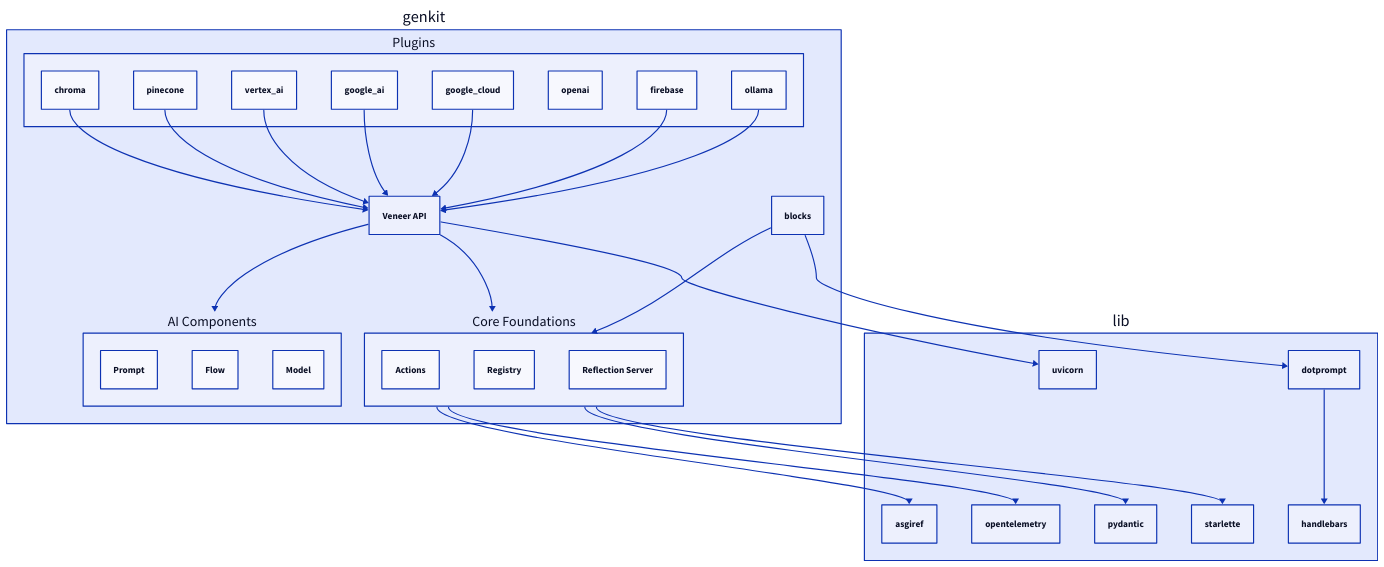
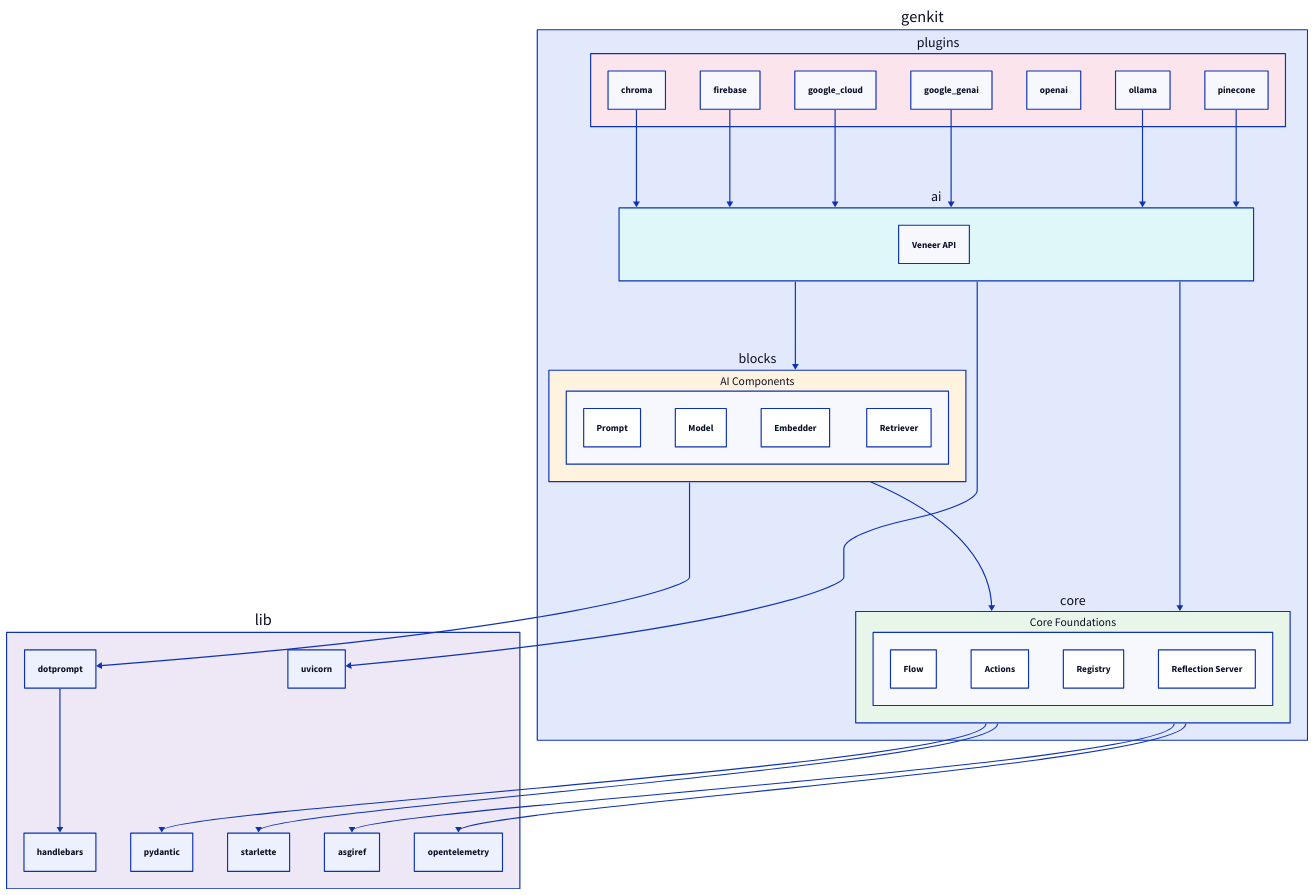
Before and after one commit to genkit-ai/genkit-python: the first of 2 diagrams in engdoc/extending/index.md, drawn with D2. The commit also changed other lines of this file and 1 other file, not shown here.

Commit message:
fix(engdocs): update d2 dependency diagram for release eng (#2462)

````diff
--- a/engdoc/extending/index.md
+++ b/engdoc/extending/index.md
@@ -20,53 +20,64 @@
 ```d2
 genkit: {
-  veneer: Veneer API
-  ai: AI Components {
-    prompt: Prompt
-    flow: Flow
-    model: Model
+  ai: {
+    style: {fill: "#E0F7FA"}
+    Veneer API
   }
-  core: Core Foundations {
-    actions: Actions
-    registry: Registry
-    reflection_server: Reflection Server
+  blocks: {
+    style: {fill: "#FFF3E0"}
+    AI Components: {
+      prompt: Prompt
+      model: Model
+      embedder: Embedder
+      retriever: Retriever
+    }
   }
-  plugins: Plugins {
+  core: {
+    style: {fill: "#E8F5E9"}
+    Core Foundations: {
+      flow: Flow
+      actions: Actions
+      registry: Registry
+      reflection_server: Reflection Server
+    }
+  }
+  plugins: {
+    style: {fill: "#FCE4EC"}
     chroma
     pinecone
-    vertex_ai
-    google_ai
+    google_genai
     google_cloud
     openai
     firebase
     ollama
   }
 }
 
 lib: {
+  style: {fill: "#EDE7F6"}
   handlebars
   dotprompt
   pydantic
   starlette
   asgiref
   uvicorn
   opentelemetry
 }
 
 genkit.blocks -> genkit.core
 genkit.blocks -> lib.dotprompt
 genkit.core -> lib.asgiref
 genkit.core -> lib.opentelemetry
 genkit.core -> lib.pydantic
 genkit.core -> lib.starlette
-genkit.plugins.chroma -> genkit.veneer
-genkit.plugins.firebase -> genkit.veneer
-genkit.plugins.google_ai -> genkit.veneer
-genkit.plugins.google_cloud -> genkit.veneer
-genkit.plugins.ollama -> genkit.veneer
-genkit.plugins.pinecone -> genkit.veneer
-genkit.plugins.vertex_ai -> genkit.veneer
-genkit.veneer -> genkit.ai
-genkit.veneer -> genkit.core
-genkit.veneer -> lib.uvicorn
+genkit.plugins.chroma -> genkit.ai
+genkit.plugins.firebase -> genkit.ai
+genkit.plugins.google_cloud -> genkit.ai
+genkit.plugins.google_genai -> genkit.ai
+genkit.plugins.ollama -> genkit.ai
+genkit.plugins.pinecone -> genkit.ai
+genkit.ai -> genkit.blocks
+genkit.ai -> genkit.core
+genkit.ai -> lib.uvicorn
 lib.dotprompt -> lib.handlebars
 ```
````
